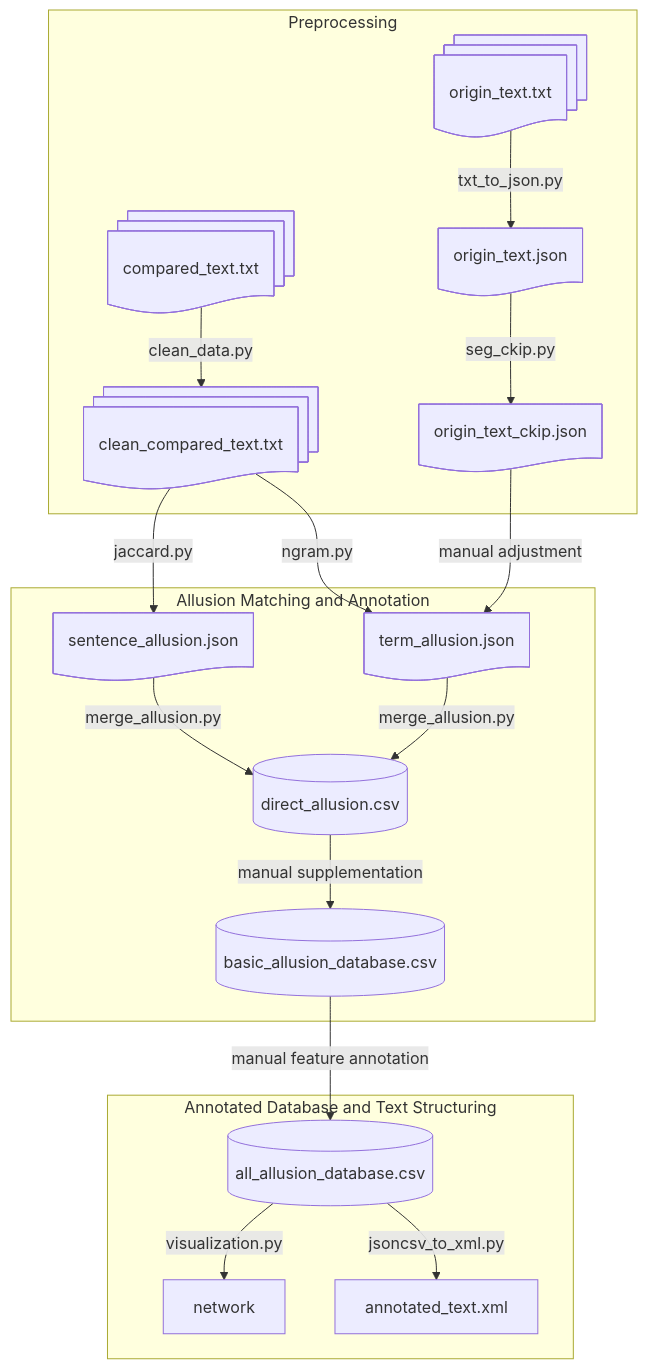
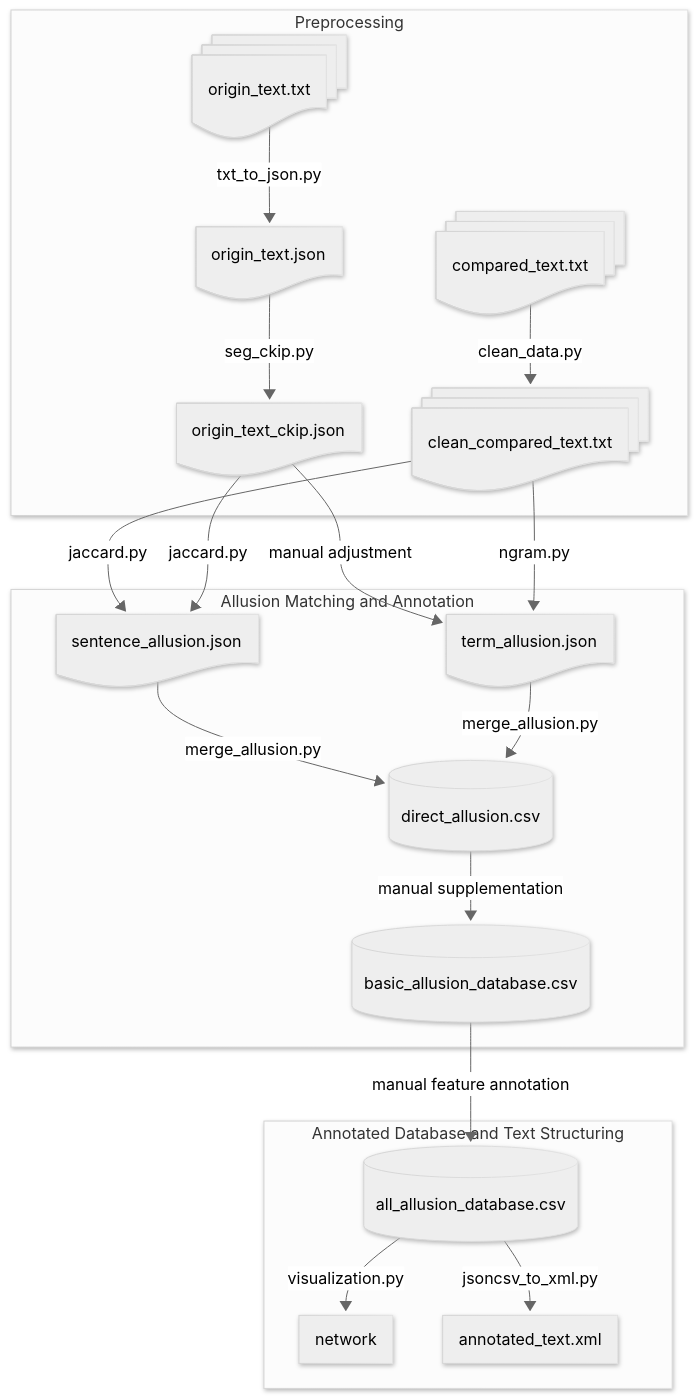
Before and after one commit to Taoyi-Chiang/lufu_allusion: the diagram in README.md, drawn with Mermaid.

````diff
--- a/README.md
+++ b/README.md
@@ -3,49 +3,46 @@
 ```mermaid
-graph TD
-    %% 定義各個節點
-    A1["origin_text.txt"]
-    A2["compared_text.txt"]
-    A3["clean_compared_text.txt"]
-    B1["origin_text.json"]
-    B2["origin_text_ckip.json"]
-    C1["sentence_allusion.json"]
-    C2["term_allusion.json"]
-    D1[(direct_allusion.csv)]
-    E1[(basic_allusion_database.csv)]
-    E2[(all_allusion_database.csv)]
-    F1[network]
-    F2[annotated_text.xml]
-
-    %% 前處理階段
-    subgraph Preprocessing
-        A1-->|txt_to_json.py|B1
-        B1-->|seg_ckip.py|B2
-        A2-->|clean_data.py|A3
-    end
-
-    %% 比對階段
-    subgraph Allusion Matching and Annotation
-        B2-->|manual adjustment|C2
-        A3-->|jaccard.py|C1
-        A3-->|ngram.py|C2
-        C1-->|merge_allusion.py|D1
-        C2-->|merge_allusion.py|D1
-        D1-->|manual supplementation|E1
-    end
-
-    %% 標記與結構化階段
-    subgraph Annotated Database and Text Structuring
-        E1-->|manual feature annotation|E2
-        E2-->|visualization.py|F1
-        E2-->|jsoncsv_to_xml.py|F2
-    end
-
-    %% 定義形狀
+---
+config:
+  theme: neutral
+  look: neo
+---
+flowchart TD
+ subgraph Preprocessing["Preprocessing"]
+        B1["origin_text.json"]
+        A1["origin_text.txt"]
+        B2["origin_text_ckip.json"]
+        A3["clean_compared_text.txt"]
+        A2["compared_text.txt"]
+  end
+ subgraph subGraph1["Allusion Matching and Annotation"]
+        C2["term_allusion.json"]
+        C1["sentence_allusion.json"]
+        D1[("direct_allusion.csv")]
+        E1[("basic_allusion_database.csv")]
+  end
+ subgraph subGraph2["Annotated Database and Text Structuring"]
+        E2[("all_allusion_database.csv")]
+        F1["network"]
+        F2["annotated_text.xml"]
+  end
+    A1 -- "txt_to_json.py" --> B1
+    B1 -- "seg_ckip.py" --> B2
+    A2 -- "clean_data.py" --> A3
+    B2 -- manual adjustment --> C2
+    A3 -- "jaccard.py" --> C1
+    B2 -- "jaccard.py" --> C1
+    A3 -- "ngram.py" --> C2
+    C1 -- "merge_allusion.py" --> D1
+    C2 -- "merge_allusion.py" --> D1
+    D1 -- manual supplementation --> E1
+    E1 -- manual feature annotation --> E2
+    E2 -- "visualization.py" --> F1
+    E2 -- "jsoncsv_to_xml.py" --> F2
+    B1@{ shape: doc}
     A1@{ shape: docs}
+    B2@{ shape: doc}
+    A3@{ shape: docs}
     A2@{ shape: docs}
-    A3@{ shape: docs}
-    B1@{ shape: doc}
-    B2@{ shape: doc}
+    C2@{ shape: doc}
     C1@{ shape: doc}
-    C2@{ shape: doc}
 ```
````
